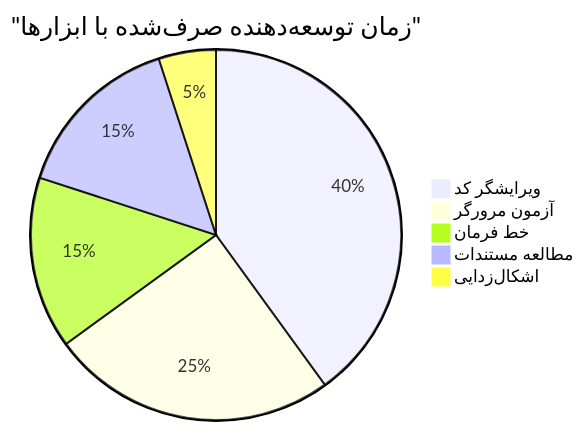
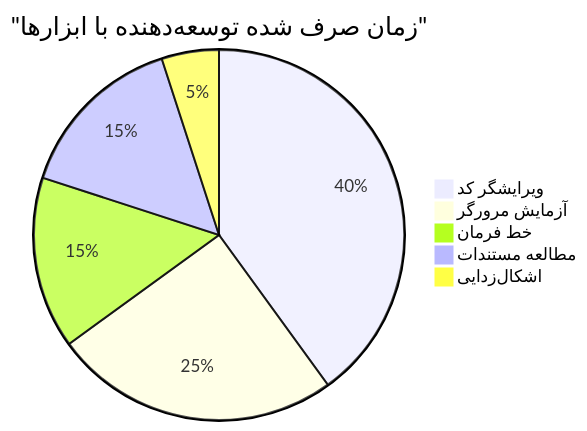
One commit to microsoft/Web-Dev-For-Beginners changed the sixth of 7 diagrams in translations/fa/1-getting-started-lessons/1-intro-to-programming-languages/README.md. Above: the diagram before and after it, drawn with Mermaid. The commit also changed other lines of this file and 11 other files, not shown here.

````diff
--- a/translations/fa/1-getting-started-lessons/1-intro-to-programming-languages/README.md
+++ b/translations/fa/1-getting-started-lessons/1-intro-to-programming-languages/README.md
@@ -709,8 +710,8 @@
 ```mermaid
-pie title "زمان توسعه‌دهنده صرف‌شده با ابزارها"
+pie title "زمان صرف شده توسعه‌دهنده با ابزارها"
     "ویرایشگر کد" : 40
-    "آزمون مرورگر" : 25
+    "آزمایش مرورگر" : 25
     "خط فرمان" : 15
     "مطالعه مستندات" : 15
     "اشکال‌زدایی" : 5
-```  
+```
````
